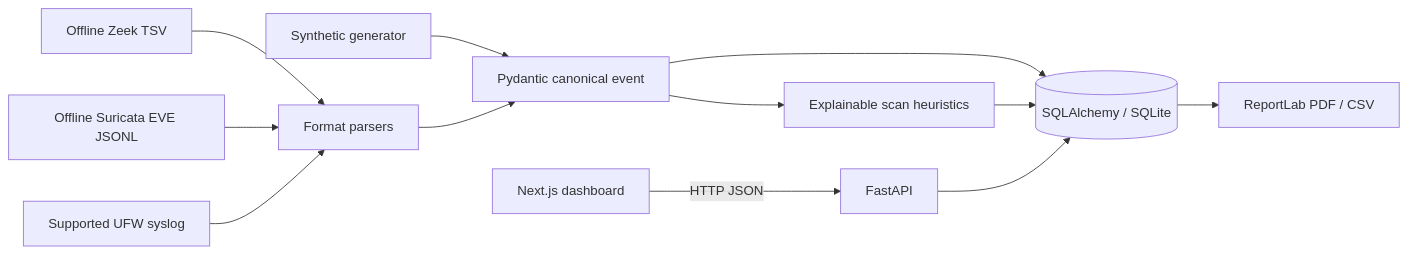
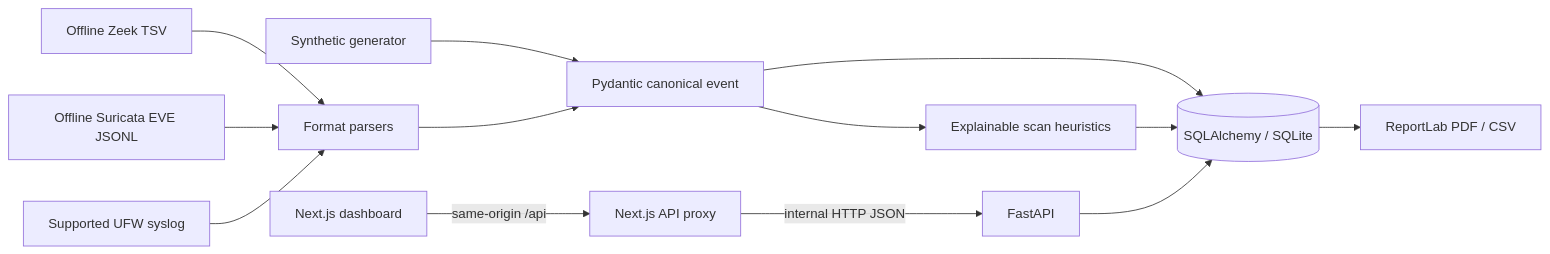
One commit to anurag-rvnkr1/Port-Scan-Detection-Engineering-Lab changed the diagram in docs/ARCHITECTURE.md. Above: the diagram before and after it, drawn with Mermaid. The commit also changed other lines of this file and 12 other files, not shown here.

Commit message:
feat: update API proxy configuration and enhance Docker setup for local development

````diff
--- a/docs/ARCHITECTURE.md
+++ b/docs/ARCHITECTURE.md
@@ -5,14 +5,15 @@
 ```mermaid
 flowchart LR
-  Browser[Next.js dashboard] -->|HTTP JSON| API[FastAPI]
+  Browser[Next.js dashboard] -->|same-origin /api| BFF[Next.js API proxy]
+  BFF -->|internal HTTP JSON| API[FastAPI]
   Synthetic[Synthetic generator] --> Schema[Pydantic canonical event]
   Zeek[Offline Zeek TSV] --> Parser[Format parsers]
   Suricata[Offline Suricata EVE JSONL] --> Parser
   Firewall[Supported UFW syslog] --> Parser
   Parser --> Schema
   Schema --> Detection[Explainable scan heuristics]
   Schema --> Persistence[(SQLAlchemy / SQLite)]
   Detection --> Persistence
   API --> Persistence
   Persistence --> Reports[ReportLab PDF / CSV]
 ```
````
